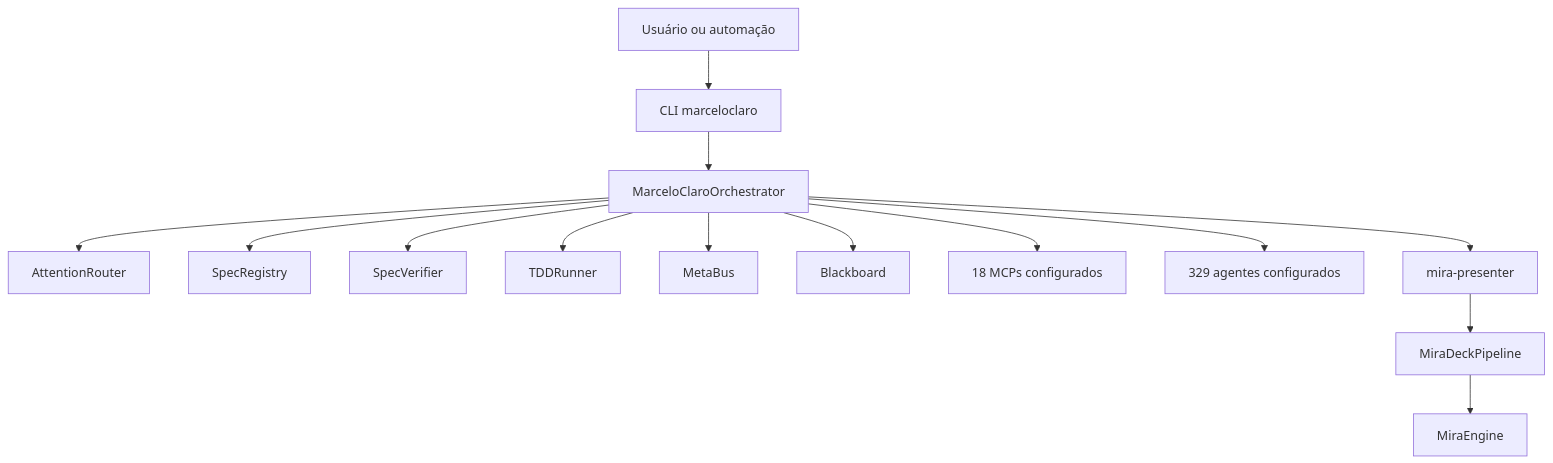
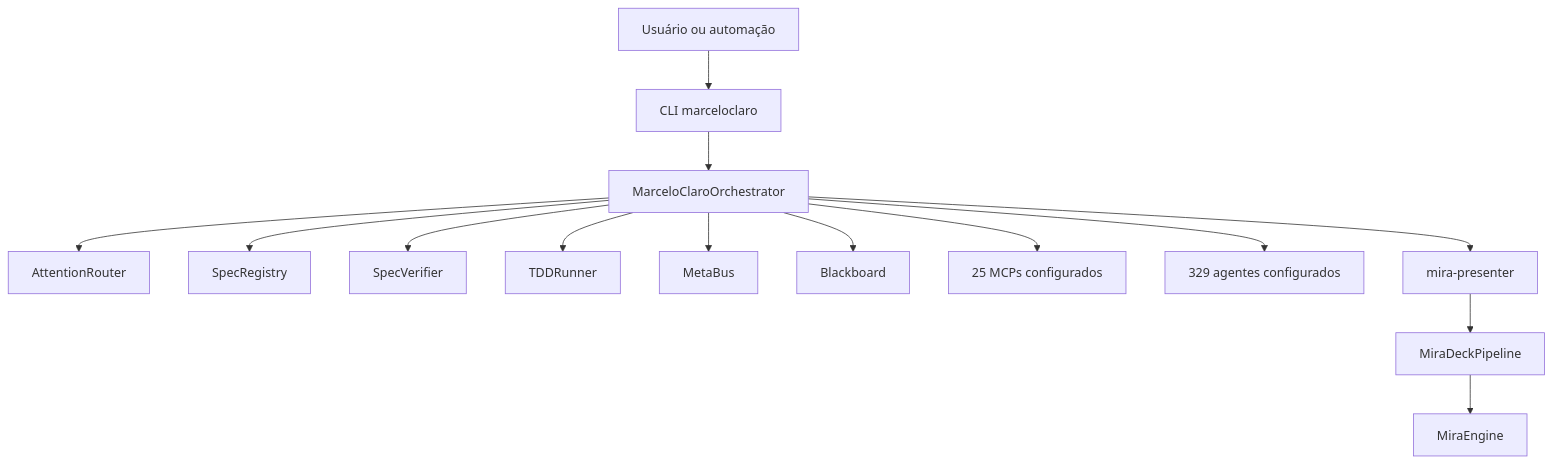
Before and after one commit to MarceloClaro/opencode-ecosystem-core: the third of 29 diagrams in README.md, drawn with Mermaid. The commit also changed other lines of this file and 2959 other files, not shown here.

````diff
--- a/README.md
+++ b/README.md
@@ -612,16 +674,16 @@
 ```mermaid
 flowchart TB
     Usuario2[Usuário ou automação] --> CLI2[CLI marceloclaro]
     CLI2 --> Orq2[MarceloClaroOrchestrator]
     Orq2 --> Router[AttentionRouter]
     Orq2 --> SpecRegistry2[SpecRegistry]
     Orq2 --> SpecVerifier2[SpecVerifier]
     Orq2 --> TDDRunner2[TDDRunner]
     Orq2 --> MetaBus2[MetaBus]
     Orq2 --> Blackboard2[Blackboard]
-    Orq2 --> MCP2[18 MCPs configurados]
+    Orq2 --> MCP2[25 MCPs configurados]
     Orq2 --> Agents2[329 agentes configurados]
     Orq2 --> Mira2[mira-presenter]
     Mira2 --> Deck2[MiraDeckPipeline]
     Deck2 --> Engine2[MiraEngine]
 ```
````
